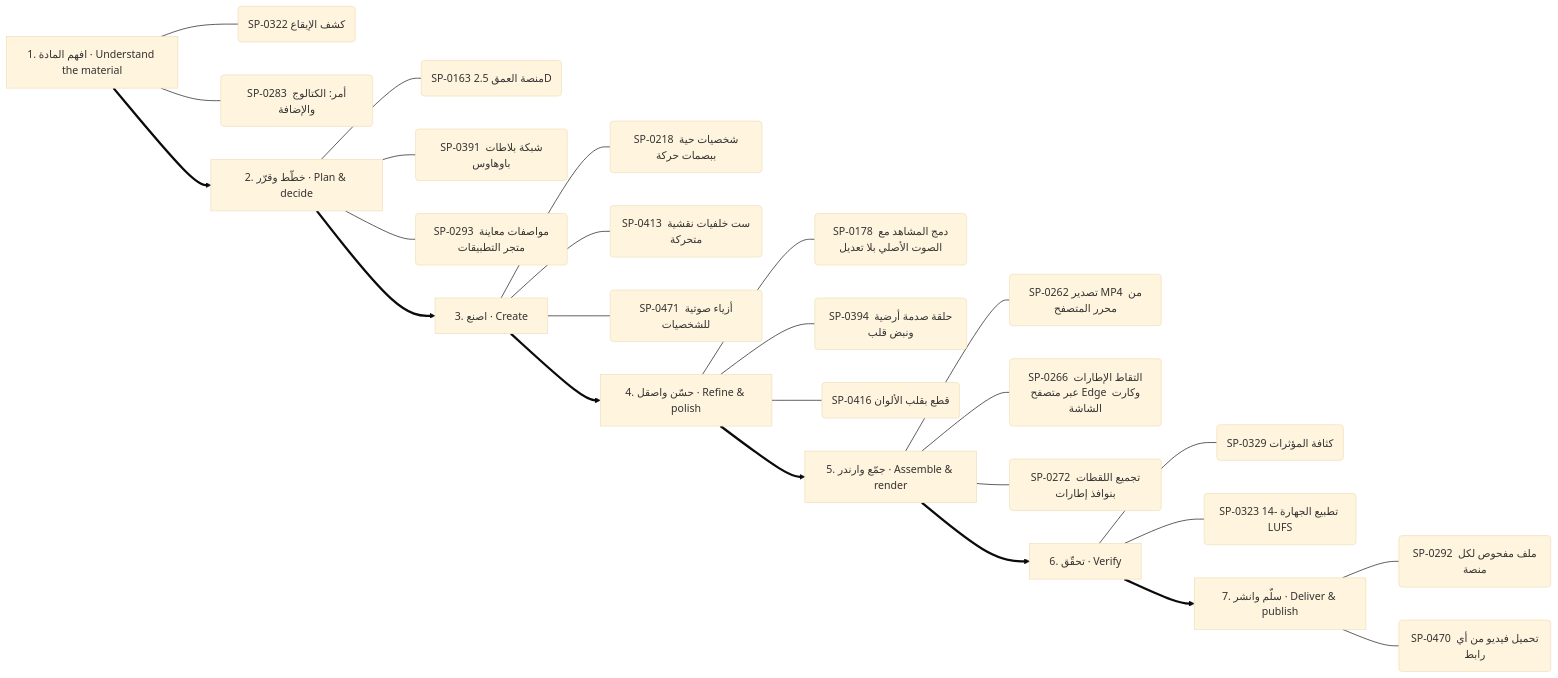
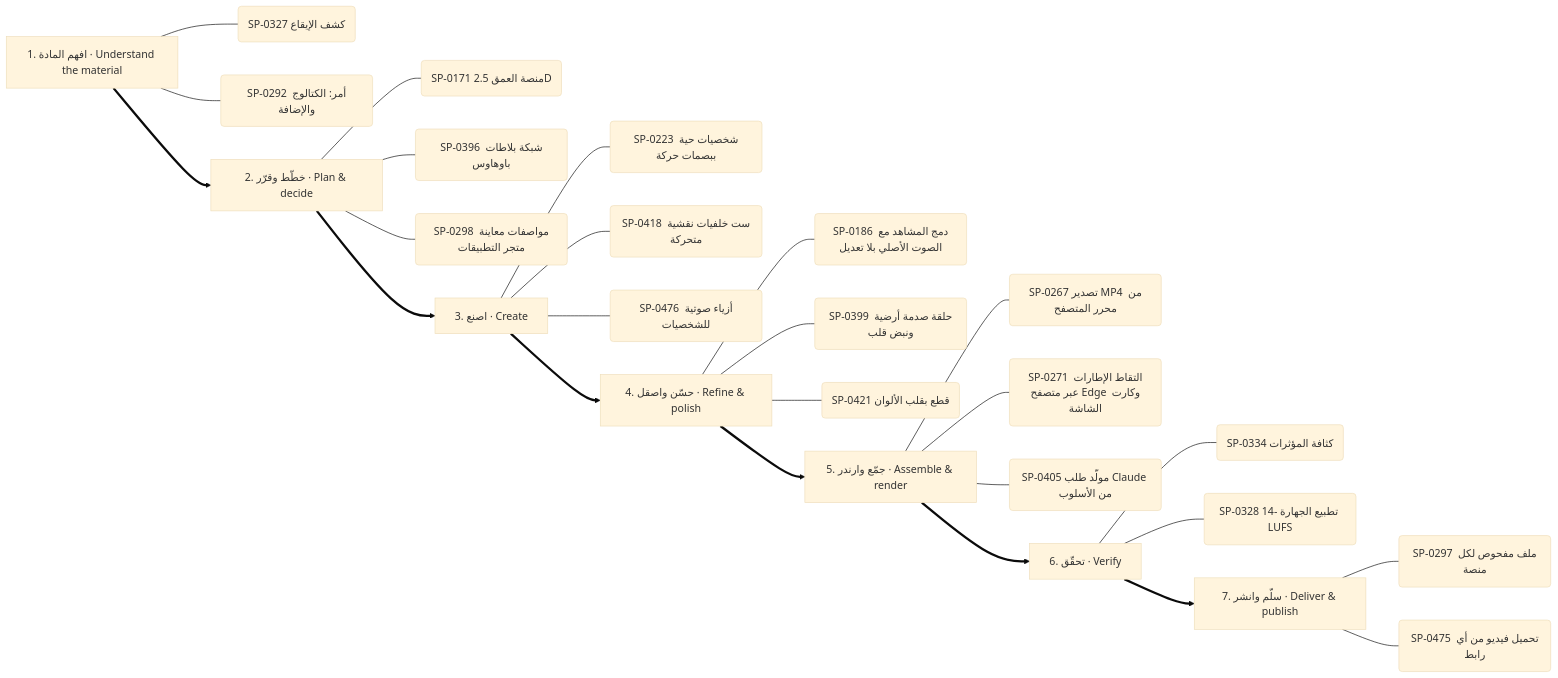
Before and after one commit to kosif199022-jpg/kosif-tool: the fourth of 13 diagrams in .claude/skills/kosif-superpowers/references/capability-mindmap.md, drawn with Mermaid (base theme). The commit also changed other lines of this file and 1314 other files, not shown here.

````diff
--- a/.claude/skills/kosif-superpowers/references/capability-mindmap.md
+++ b/.claude/skills/kosif-superpowers/references/capability-mindmap.md
@@ -227,34 +229,34 @@
 ```mermaid
 flowchart LR
   S0["1. افهم المادة · Understand the material"]
-  S0 --- S0_0("SP-0322 كشف الإيقاع")
-  S0 --- S0_1("SP-0283 أمر: الكتالوج والإضافة")
+  S0 --- S0_0("SP-0327 كشف الإيقاع")
+  S0 --- S0_1("SP-0292 أمر: الكتالوج والإضافة")
   S1["2. خطّط وقرّر · Plan & decide"]
-  S1 --- S1_0("SP-0163 منصة العمق 2.5D")
-  S1 --- S1_1("SP-0391 شبكة بلاطات باوهاوس")
-  S1 --- S1_2("SP-0293 مواصفات معاينة متجر التطبيقات")
+  S1 --- S1_0("SP-0171 منصة العمق 2.5D")
+  S1 --- S1_1("SP-0396 شبكة بلاطات باوهاوس")
+  S1 --- S1_2("SP-0298 مواصفات معاينة متجر التطبيقات")
   S0 ==> S1
   S2["3. اصنع · Create"]
-  S2 --- S2_0("SP-0218 شخصيات حية ببصمات حركة")
-  S2 --- S2_1("SP-0413 ست خلفيات نقشية متحركة")
-  S2 --- S2_2("SP-0471 أزياء صوتية للشخصيات")
+  S2 --- S2_0("SP-0223 شخصيات حية ببصمات حركة")
+  S2 --- S2_1("SP-0418 ست خلفيات نقشية متحركة")
+  S2 --- S2_2("SP-0476 أزياء صوتية للشخصيات")
   S1 ==> S2
   S3["4. حسّن واصقل · Refine & polish"]
-  S3 --- S3_0("SP-0178 دمج المشاهد مع الصوت الأصلي بلا تعديل")
-  S3 --- S3_1("SP-0394 حلقة صدمة أرضية ونبض قلب")
-  S3 --- S3_2("SP-0416 قطع بقلب الألوان")
+  S3 --- S3_0("SP-0186 دمج المشاهد مع الصوت الأصلي بلا تعديل")
+  S3 --- S3_1("SP-0399 حلقة صدمة أرضية ونبض قلب")
+  S3 --- S3_2("SP-0421 قطع بقلب الألوان")
   S2 ==> S3
   S4["5. جمّع وارندر · Assemble & render"]
-  S4 --- S4_0("SP-0262 تصدير MP4 من محرر المتصفح")
-  S4 --- S4_1("SP-0266 التقاط الإطارات عبر متصفح Edge وكارت الشاشة")
-  S4 --- S4_2("SP-0272 تجميع اللقطات بنوافذ إطارات")
+  S4 --- S4_0("SP-0267 تصدير MP4 من محرر المتصفح")
+  S4 --- S4_1("SP-0271 التقاط الإطارات عبر متصفح Edge وكارت الشاشة")
+  S4 --- S4_2("SP-0405 مولّد طلب Claude من الأسلوب")
   S3 ==> S4
   S5["6. تحقّق · Verify"]
-  S5 --- S5_0("SP-0329 كثافة المؤثرات")
-  S5 --- S5_1("SP-0323 تطبيع الجهارة -14 LUFS")
+  S5 --- S5_0("SP-0334 كثافة المؤثرات")
+  S5 --- S5_1("SP-0328 تطبيع الجهارة -14 LUFS")
   S4 ==> S5
   S6["7. سلّم وانشر · Deliver & publish"]
-  S6 --- S6_0("SP-0292 ملف مفحوص لكل منصة")
-  S6 --- S6_1("SP-0470 تحميل فيديو من أي رابط")
+  S6 --- S6_0("SP-0297 ملف مفحوص لكل منصة")
+  S6 --- S6_1("SP-0475 تحميل فيديو من أي رابط")
   S5 ==> S6
 ```
````
